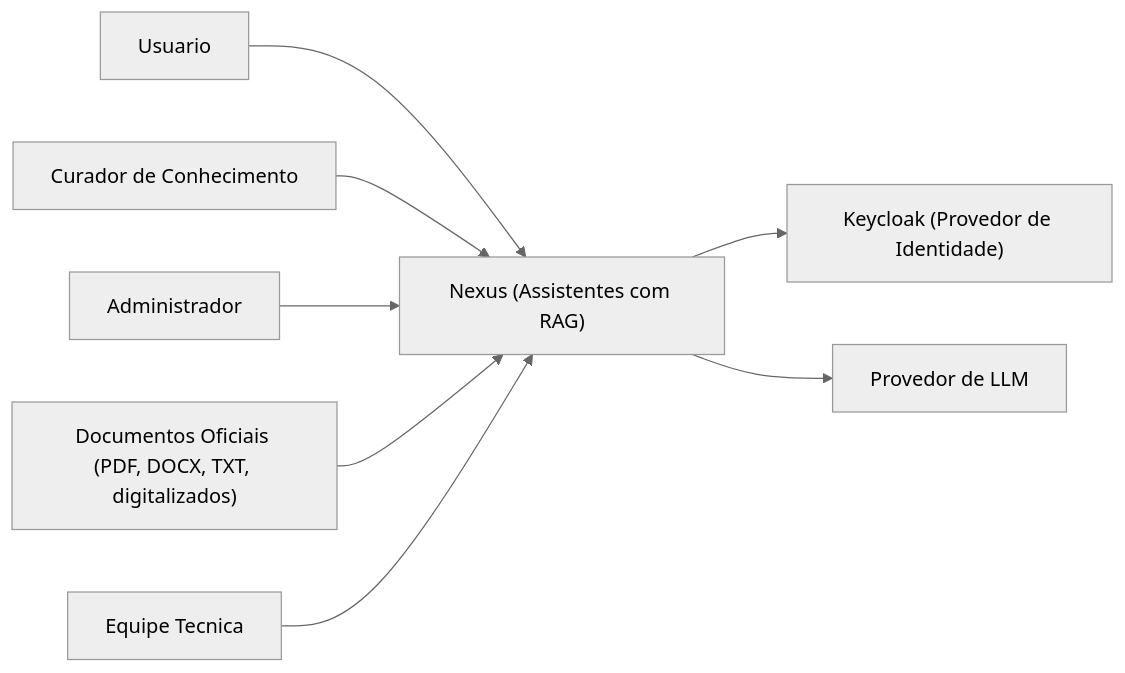
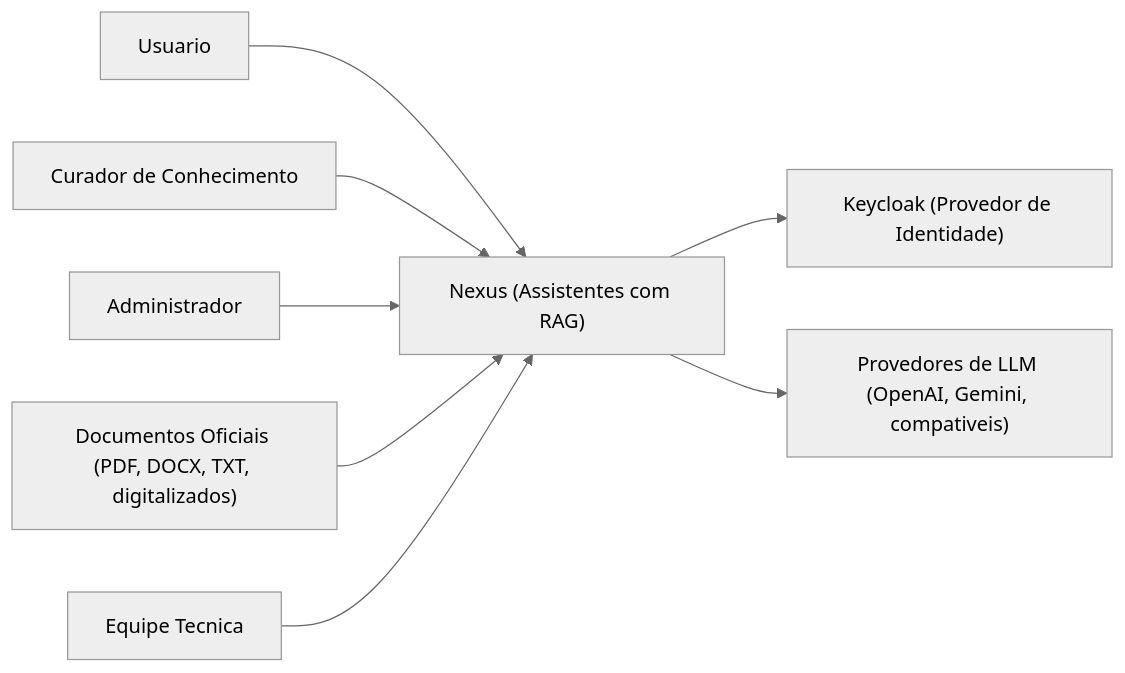
Before and after one commit to cleitonsm/nexus: the second of 2 diagrams in docs/arquitetura/c4-contexto.md, drawn with Mermaid (neutral theme). The commit also changed other lines of this file and 11 other files, not shown here.

````diff
--- a/docs/arquitetura/c4-contexto.md
+++ b/docs/arquitetura/c4-contexto.md
@@ -28,10 +28,10 @@
 ```mermaid
 flowchart LR
     User["Usuario"] --> Nexus["Nexus (Assistentes com RAG)"]
     Curator["Curador de Conhecimento"] --> Nexus
     Admin["Administrador"] --> Nexus
     Docs["Documentos Oficiais (PDF, DOCX, TXT, digitalizados)"] --> Nexus
     Nexus --> KC["Keycloak (Provedor de Identidade)"]
-    Nexus --> LLM["Provedor de LLM"]
+    Nexus --> LLM["Provedores de LLM (OpenAI, Gemini, compativeis)"]
     DevOps["Equipe Tecnica"] --> Nexus
 ```
````
